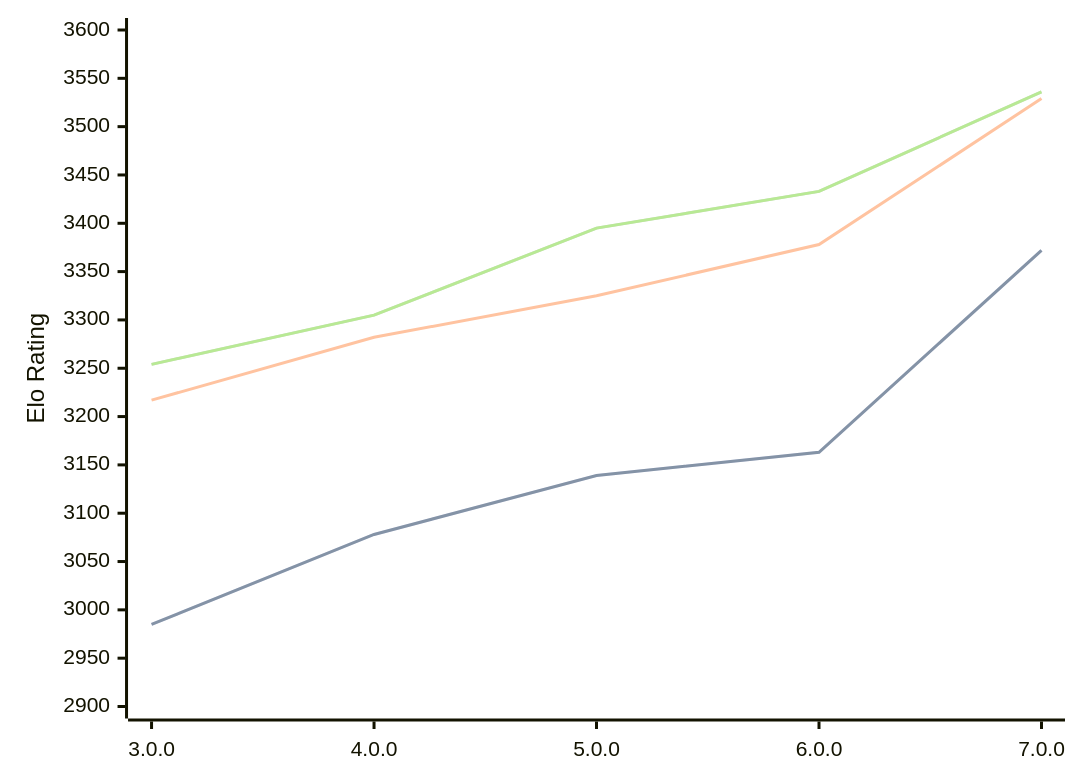
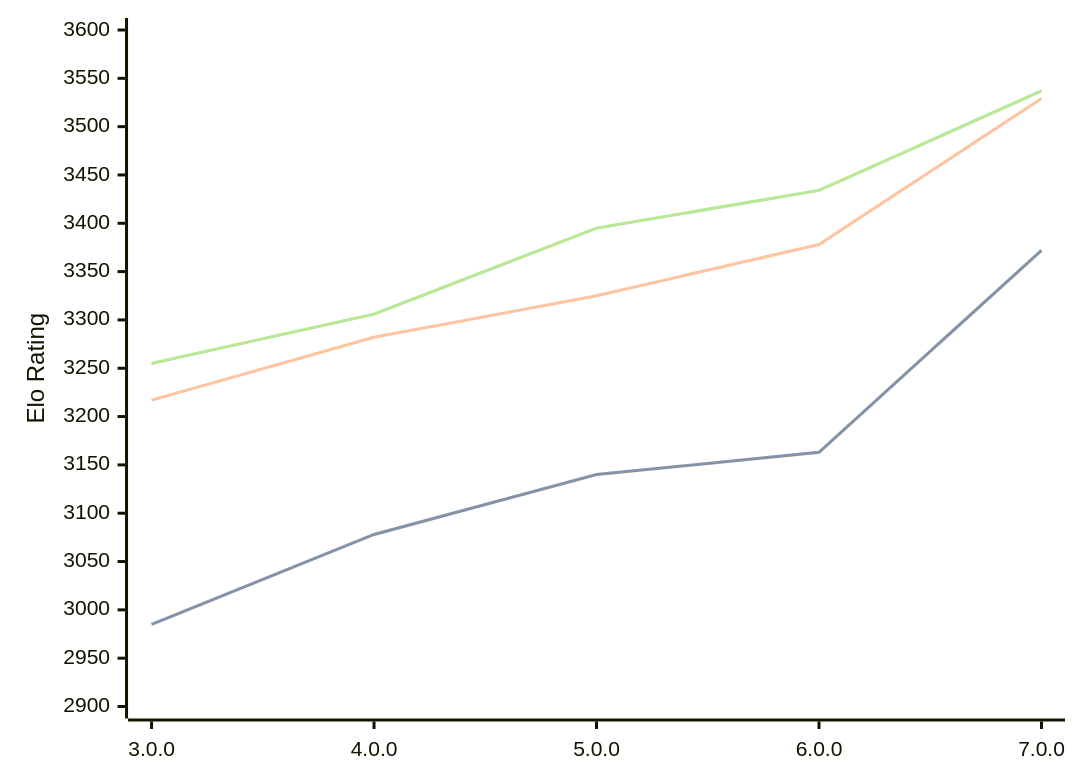
The diagram in engines/Minke.md (computer-chess-index/cci), drawn with Mermaid before and after one commit. The commit also changed other lines of this file, not shown here.

Commit message:
Update CCI Ratings (ELO VLTC) - 2026-10-02

````diff
--- a/engines/Minke.md
+++ b/engines/Minke.md
@@ -35,11 +35,11 @@
 ```mermaid
 %%{init: {"theme":"base","themeVariables":{"seriesColors:['#a3a3a3','#222221','#faa371']}}}%%
 xychart-beta
   x-axis ["3.0.0", "4.0.0", "5.0.0", "6.0.0", "7.0.0"]
   y-axis "Elo Rating" 2900 --> 3600
-  line "" [2985, 3078, 3139, 3163, 3372]
-  line "STC (8.0+0.08s)" [2985, 3078, 3139, 3163, 3372]
+  line "" [2985, 3078, 3140, 3163, 3372]
+  line "STC (8.0+0.08s)" [2985, 3078, 3140, 3163, 3372]
   line "LTC (60.0+0.60s)" [3217, 3282, 3325, 3378, 3529]
-  line "" [3254, 3305, 3395, 3433, 3536]
-  line "VLTC (2m24s+1.12s)" [3254, 3305, 3395, 3433, 3536]
+  line "" [3255, 3306, 3395, 3434, 3537]
+  line "VLTC (2m24s+1.12s)" [3255, 3306, 3395, 3434, 3537]
 ```
````
